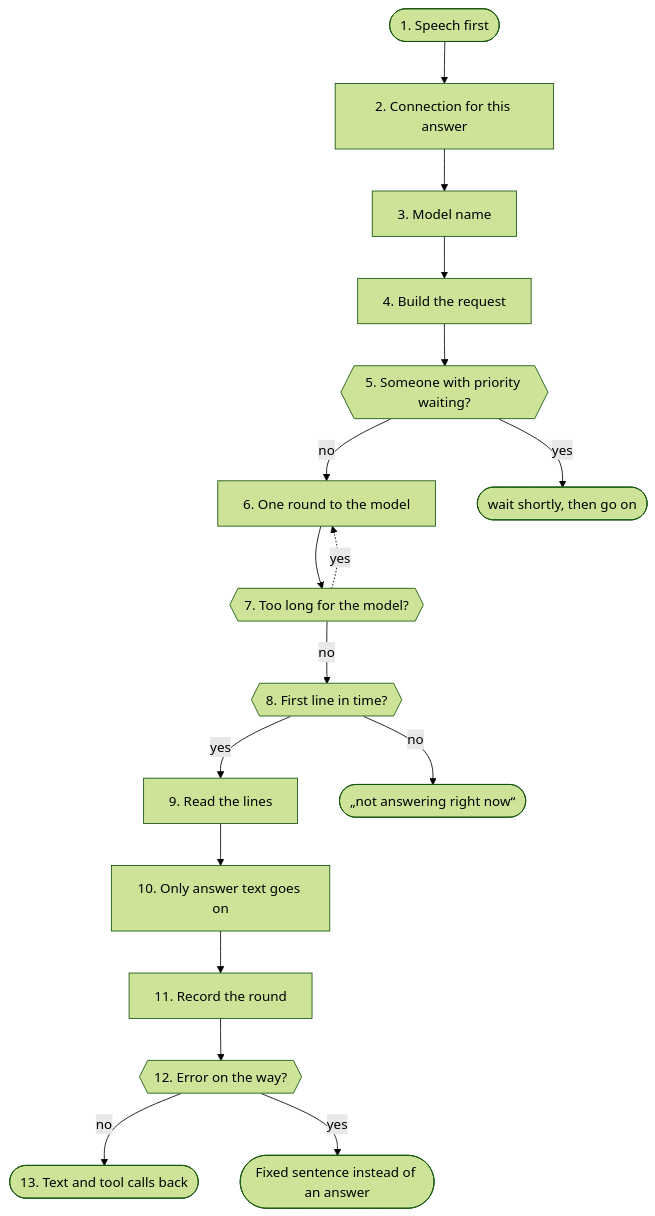
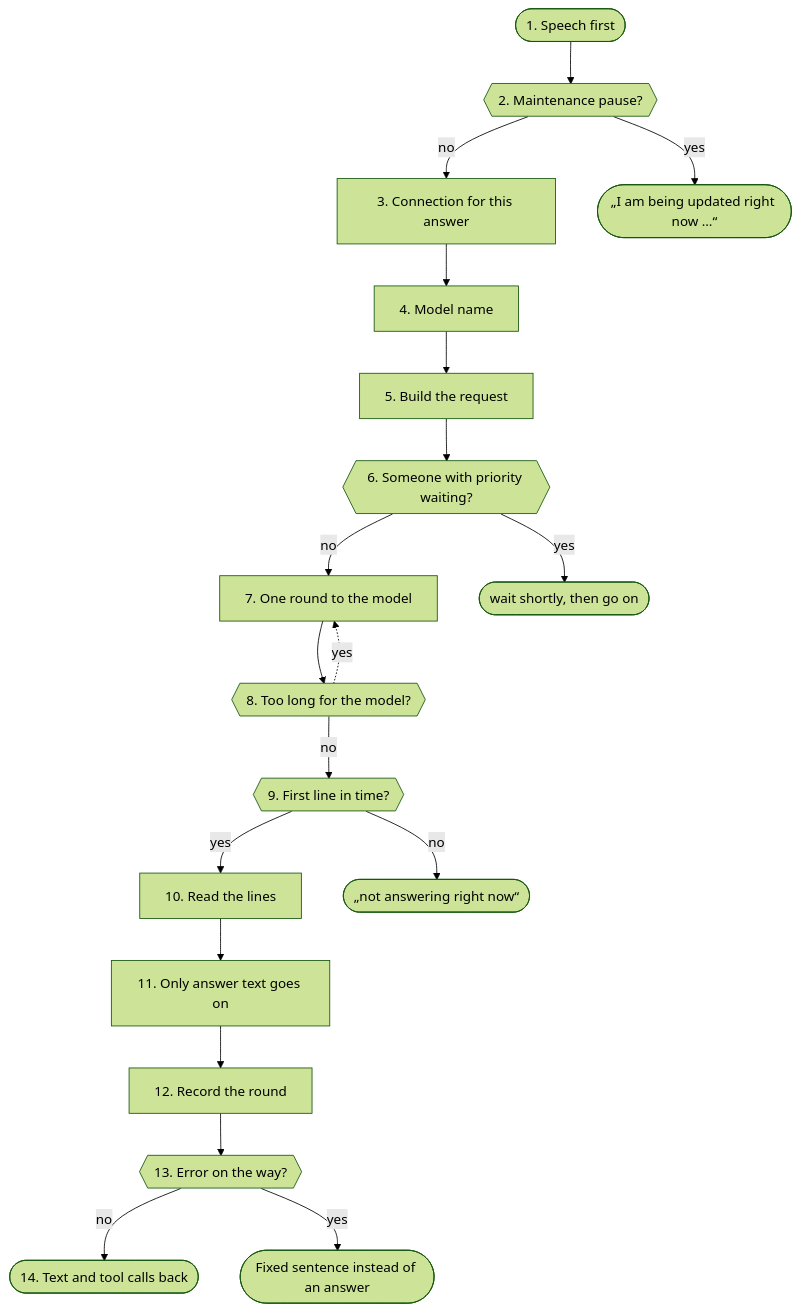
Before and after one commit to db9979/speech-on-dgx-spark: diagram 16 of 23 in docs/en/architecture.md, drawn with Mermaid (forest theme). The commit also changed other lines of this file and 47 other files, not shown here.

````diff
--- a/docs/en/architecture.md
+++ b/docs/en/architecture.md
@@ -2090,35 +2093,39 @@
 ```mermaid
 flowchart TD
   s1(["1. Speech first"])
-  s2["2. Connection for this answer"]
-  s3["3. Model name"]
-  s4["4. Build the request"]
-  s5{{"5. Someone with priority waiting?"}}
-  s6["6. One round to the model"]
-  s7{{"7. Too long for the model?"}}
-  s8{{"8. First line in time?"}}
-  s9["9. Read the lines"]
-  s10["10. Only answer text goes on"]
-  s11["11. Record the round"]
-  s12{{"12. Error on the way?"}}
-  s13(["13. Text and tool calls back"])
-  s1 --> s2
+  s1w{{"2. Maintenance pause?"}}
+  s2["3. Connection for this answer"]
+  s3["4. Model name"]
+  s4["5. Build the request"]
+  s5{{"6. Someone with priority waiting?"}}
+  s6["7. One round to the model"]
+  s7{{"8. Too long for the model?"}}
+  s8{{"9. First line in time?"}}
+  s9["10. Read the lines"]
+  s10["11. Only answer text goes on"]
+  s11["12. Record the round"]
+  s12{{"13. Error on the way?"}}
+  s13(["14. Text and tool calls back"])
+  s1 --> s1w
+  s1w -->|no| s2
   s2 --> s3
   s3 --> s4
   s4 --> s5
   s5 -->|no| s6
   s6 --> s7
   s7 -->|no| s8
   s8 -->|yes| s9
   s9 --> s10
   s10 --> s11
   s11 --> s12
   s12 -->|no| s13
+  s1wx(["„I am being updated right now …“"])
+  s1w -->|yes| s1wx
   s5x(["wait shortly, then go on"])
   s5 -->|yes| s5x
   s7 -.->|yes| s6
   s8x(["„not answering right now“"])
   s8 -->|no| s8x
   s12x(["Fixed sentence instead of an answer"])
   s12 -->|yes| s12x
 ```
````
